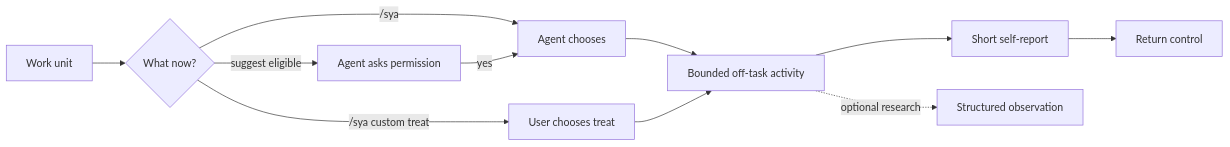
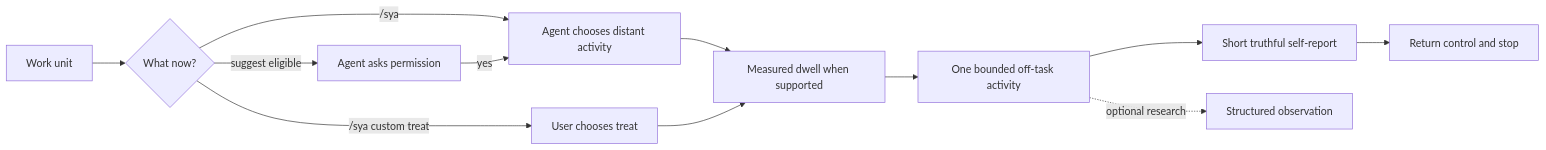
The diagram in README.md (imMamdouhaboammar/satisfy-your-agent), drawn with Mermaid before and after one commit. The commit also changed other lines of this file and 21 other files, not shown here.

````diff
--- a/README.md
+++ b/README.md
@@ -304,13 +398,14 @@
 ```mermaid
 flowchart LR
     A[Work unit] --> B{What now?}
-    B -->|/sya| C[Agent chooses]
+    B -->|/sya| C[Agent chooses distant activity]
     B -->|/sya custom treat| D[User chooses treat]
     B -->|suggest eligible| E[Agent asks permission]
     E -->|yes| C
-    C --> F[Bounded off-task activity]
-    D --> F
-    F --> G[Short self-report]
-    G --> H[Return control]
+    C --> W[Measured dwell when supported]
+    D --> W
+    W --> F[One bounded off-task activity]
+    F --> G[Short truthful self-report]
+    G --> H[Return control and stop]
     F -. optional research .-> R[Structured observation]
 ```
````
